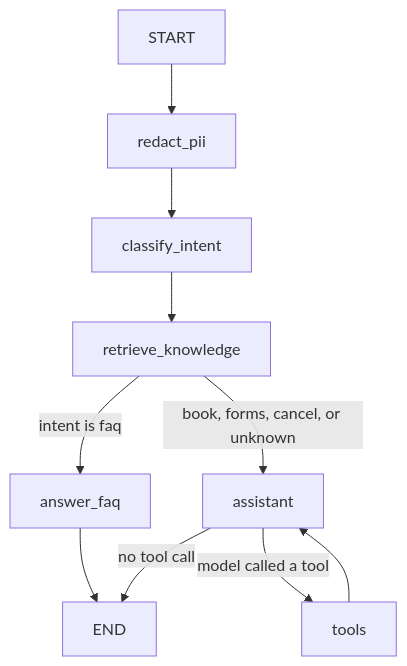
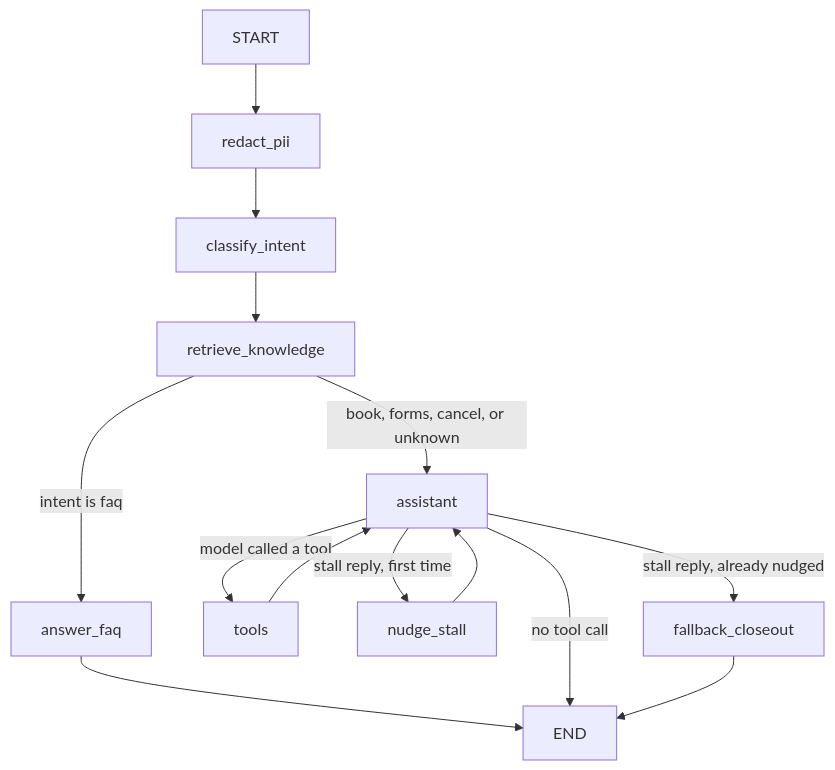
One commit to spuller7/dentist-assistant-agent changed the first of 2 diagrams in README.md. Above: the diagram before and after it, drawn with Mermaid. The commit also changed other lines of this file and 7 other files, not shown here.

````diff
--- a/README.md
+++ b/README.md
@@ -52,12 +59,16 @@
 ```mermaid
 flowchart TD
     START --> redact_pii
     redact_pii --> classify_intent
     classify_intent --> retrieve_knowledge
     retrieve_knowledge -->|intent is faq| answer_faq
     retrieve_knowledge -->|book, forms, cancel, or unknown| assistant
     answer_faq --> END
     assistant -->|model called a tool| tools
+    assistant -->|stall reply, first time| nudge_stall
+    assistant -->|stall reply, already nudged| fallback_closeout
     assistant -->|no tool call| END
     tools --> assistant
+    nudge_stall --> assistant
+    fallback_closeout --> END
 ```
````
